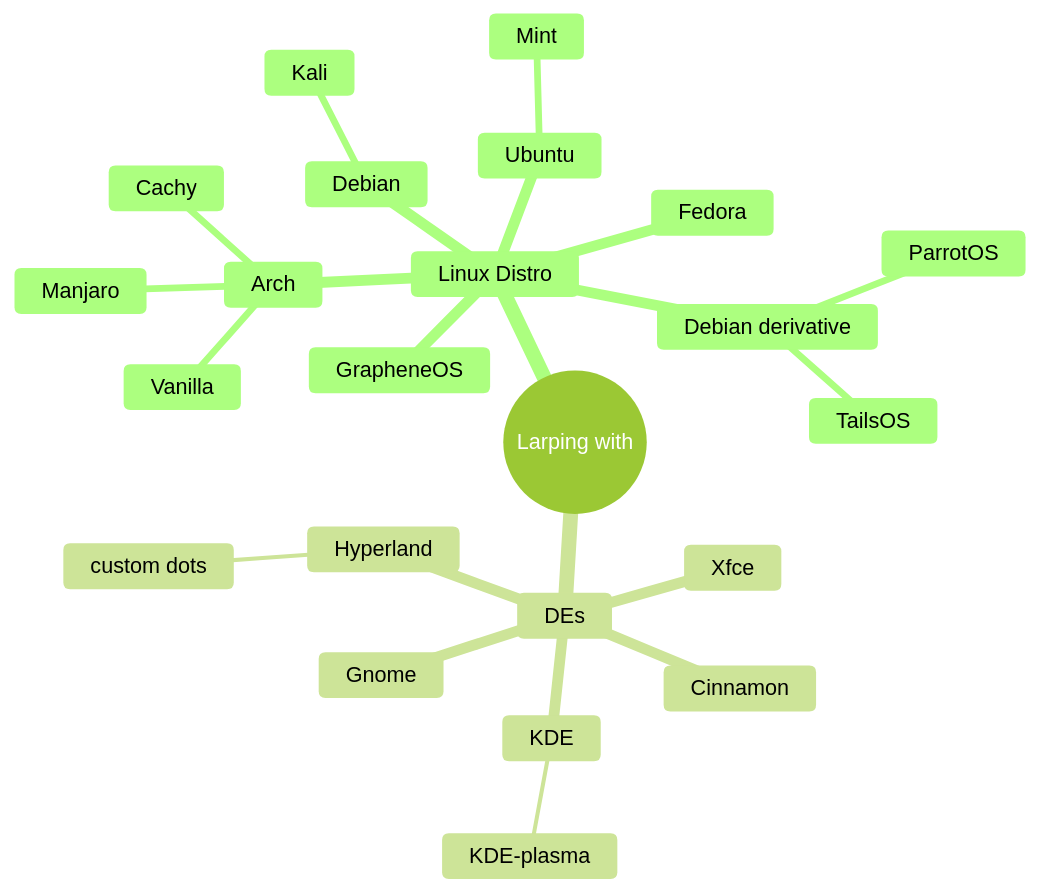
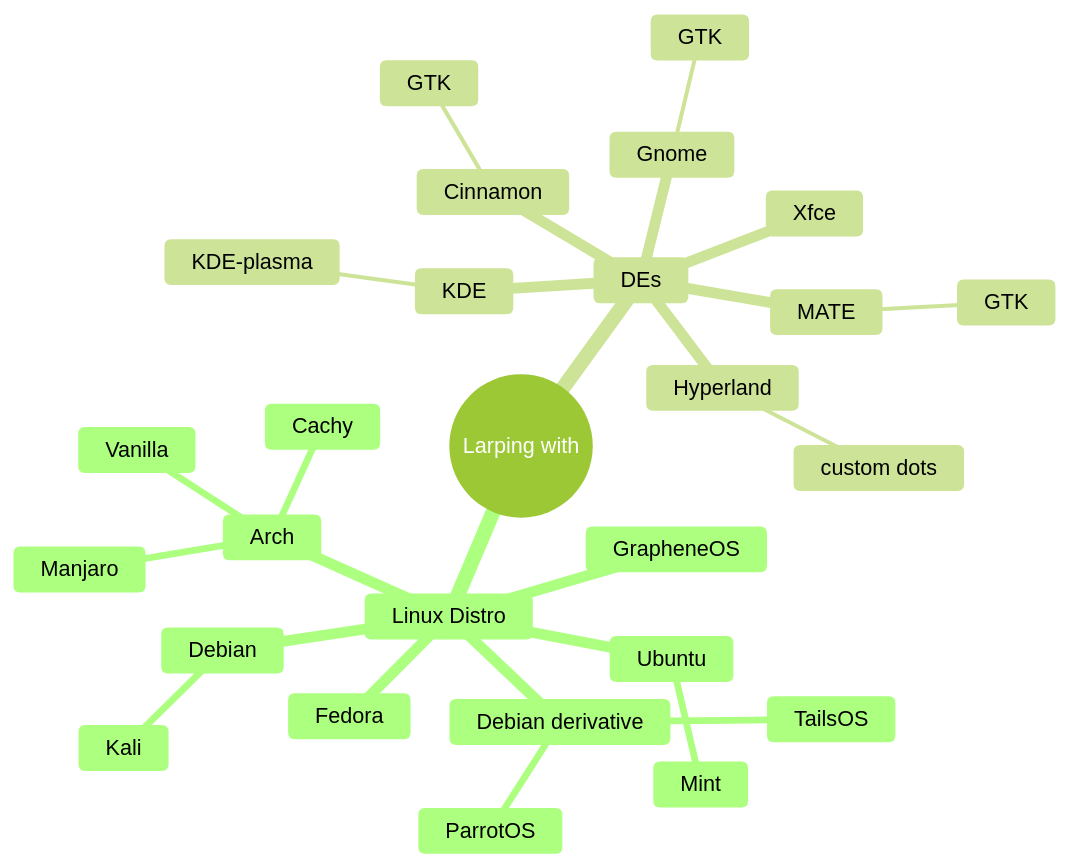
The diagram in README.md (Chintanpatel24/Chintanpatel24), drawn with Mermaid (forest theme) before and after one commit.

````diff
--- a/README.md
+++ b/README.md
@@ -4,27 +4,30 @@
 ```mermaid
 mindmap
   root((Larping with))
    Linux Distro
     GrapheneOS
     Arch
       Vanilla
       Cachy
       Manjaro
     Debian
       Kali
     Ubuntu
       Mint
     Fedora
     Debian derivative
       ParrotOS
       TailsOS
    DEs
       Xfce
       KDE
        KDE-plasma
       Hyperland
         custom dots  
       Cinnamon
+        GTK
       Gnome
- 
+        GTK
+      MATE
+        GTK
 ```
````
